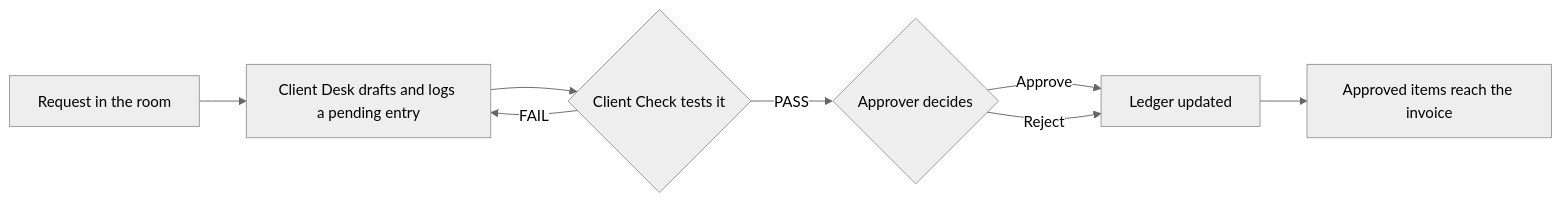
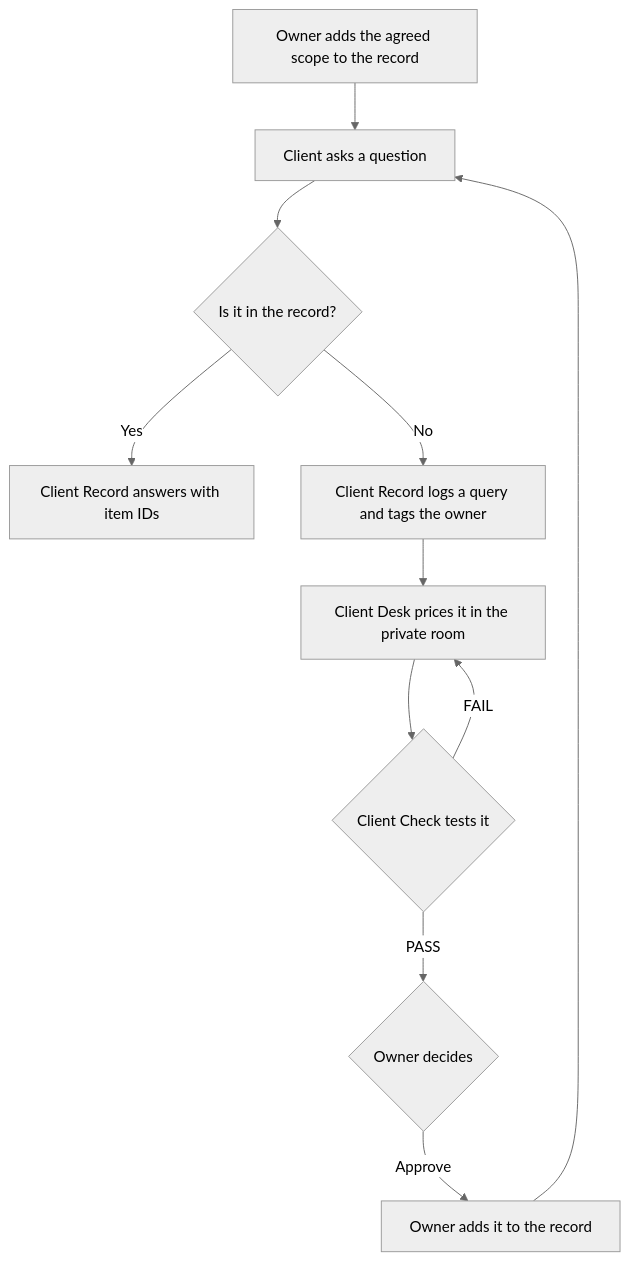
One commit to Yash636261/on-record changed the diagram in README.md. Above: the diagram before and after it, drawn with Mermaid (neutral theme). The commit also changed other lines of this file and 3 other files, not shown here.

Commit message:
Add the client room and Client Record agent

````diff
--- a/README.md
+++ b/README.md
@@ -56,10 +41,13 @@
 ```mermaid
-flowchart LR
-    A[Request in the room] --> B[Client Desk drafts and logs a pending entry]
-    B --> C{Client Check tests it}
-    C -- FAIL --> B
-    C -- PASS --> D{Approver decides}
-    D -- Approve --> E[Ledger updated]
-    D -- Reject --> E
-    E --> F[Approved items reach the invoice]
+flowchart TD
+    A[Owner adds the agreed scope to the record] --> B[Client asks a question]
+    B --> C{Is it in the record?}
+    C -- Yes --> D[Client Record answers with item IDs]
+    C -- No --> E[Client Record logs a query and tags the owner]
+    E --> F[Client Desk prices it in the private room]
+    F --> G{Client Check tests it}
+    G -- FAIL --> F
+    G -- PASS --> H{Owner decides}
+    H -- Approve --> I[Owner adds it to the record]
+    I --> B
 ```
````
